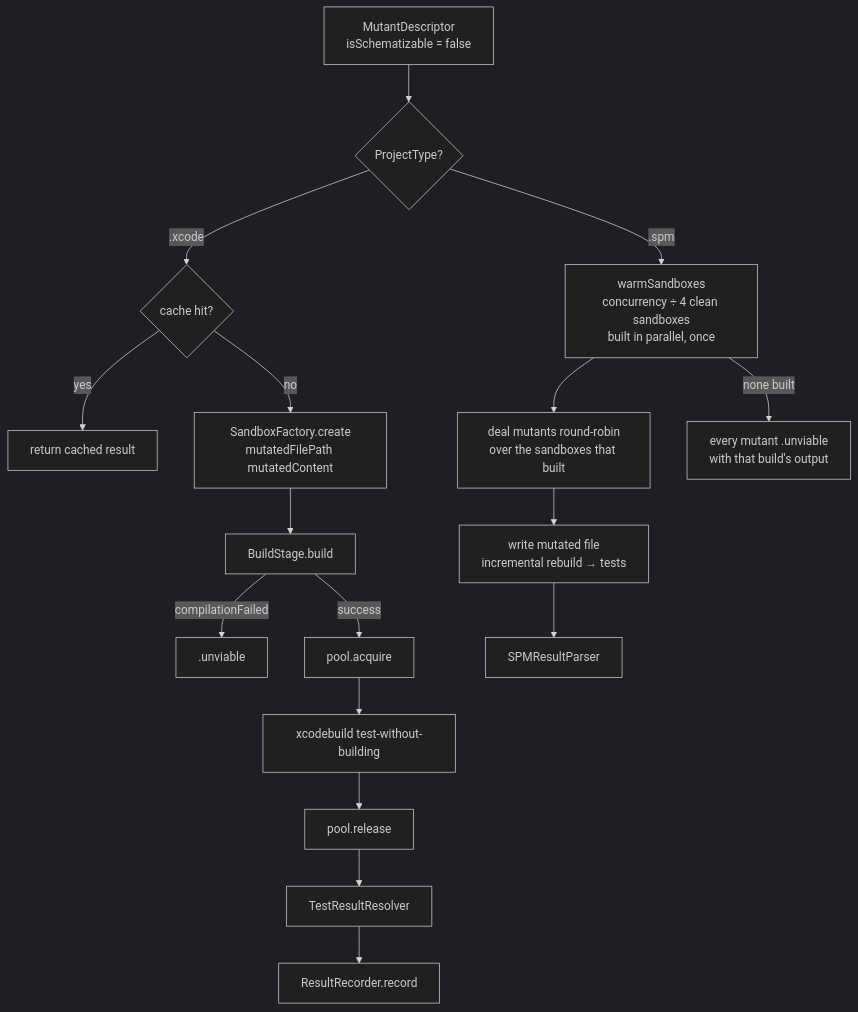
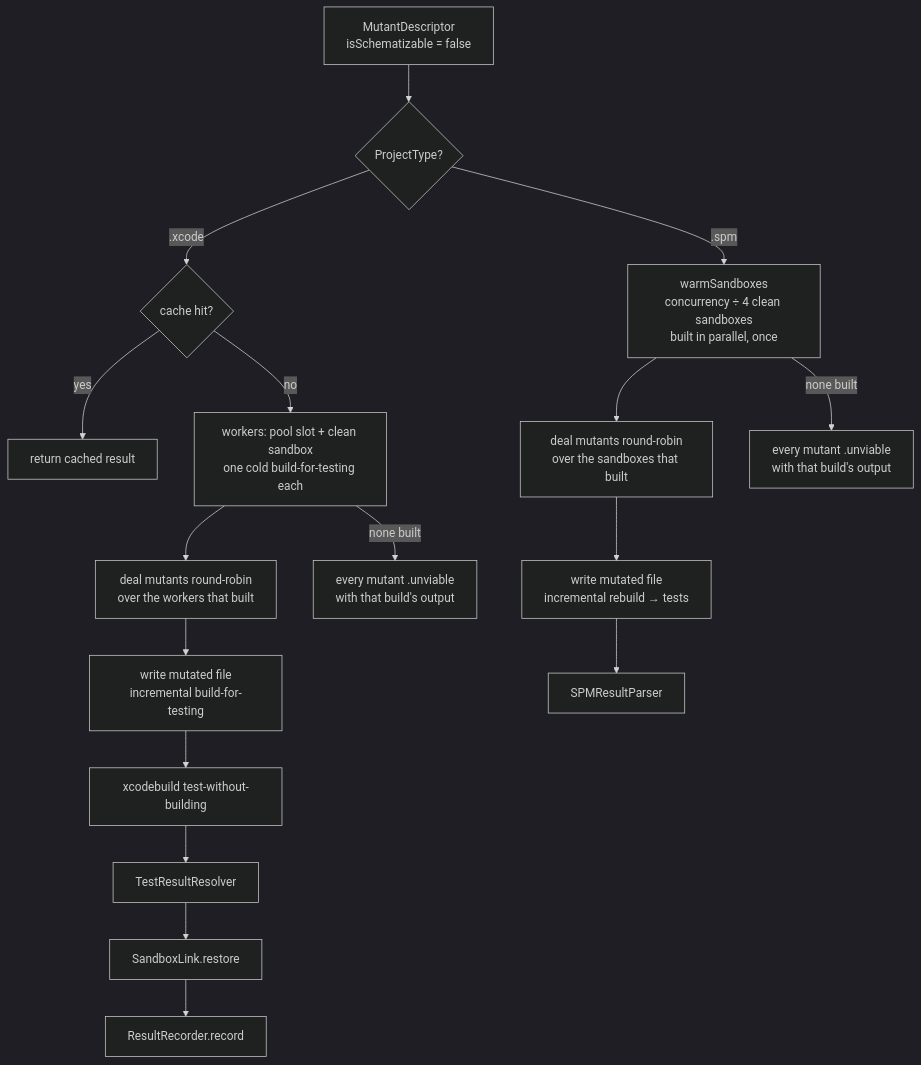
The sixth of 6 diagrams in Docs/CodeBase/07-execution.md (ericodx/swift-mutation-testing), drawn with Mermaid (dark theme) before and after one commit. The commit also changed other lines of this file and 1 other file, not shown here.

Commit message:
docs: describe warm Xcode sandboxes for incompatible mutants, the diagnostics flag, and the measured gain

````diff
--- a/Docs/CodeBase/07-execution.md
+++ b/Docs/CodeBase/07-execution.md
@@ -539,19 +557,19 @@
 ```mermaid
 flowchart TD
     MUTANT[MutantDescriptor\nisSchematizable = false] --> PT{ProjectType?}
     PT -- .xcode --> CACHE{cache hit?}
     CACHE -- yes --> CACHED[return cached result]
-    CACHE -- no --> SF[SandboxFactory.create\nmutatedFilePath mutatedContent]
-    SF --> BS[BuildStage.build]
-    BS -- compilationFailed --> UNVIABLE[.unviable]
-    BS -- success --> SLOT[pool.acquire]
-    SLOT --> LAUNCH[xcodebuild test-without-building]
-    LAUNCH --> RELEASE[pool.release]
-    RELEASE --> PARSE[TestResultResolver]
-    PARSE --> STORE[ResultRecorder.record]
+    CACHE -- no --> XWARM[workers: pool slot + clean sandbox\none cold build-for-testing each]
+    XWARM --> XDEAL[deal mutants round-robin\nover the workers that built]
+    XDEAL --> XWRITE[write mutated file\nincremental build-for-testing]
+    XWRITE --> LAUNCH[xcodebuild test-without-building]
+    LAUNCH --> PARSE[TestResultResolver]
+    PARSE --> RESTORE[SandboxLink.restore]
+    RESTORE --> STORE[ResultRecorder.record]
+    XWARM -- none built --> XUNVIABLE[every mutant .unviable\nwith that build's output]
     PT -- .spm --> WARM[warmSandboxes\nconcurrency ÷ 4 clean sandboxes\nbuilt in parallel, once]
     WARM --> DEAL[deal mutants round-robin\nover the sandboxes that built]
     DEAL --> WRITE[write mutated file\nincremental rebuild → tests]
     WRITE --> SPMPARSE[SPMResultParser]
     WARM -- none built --> ALLUNVIABLE[every mutant .unviable\nwith that build's output]
 ```
````
